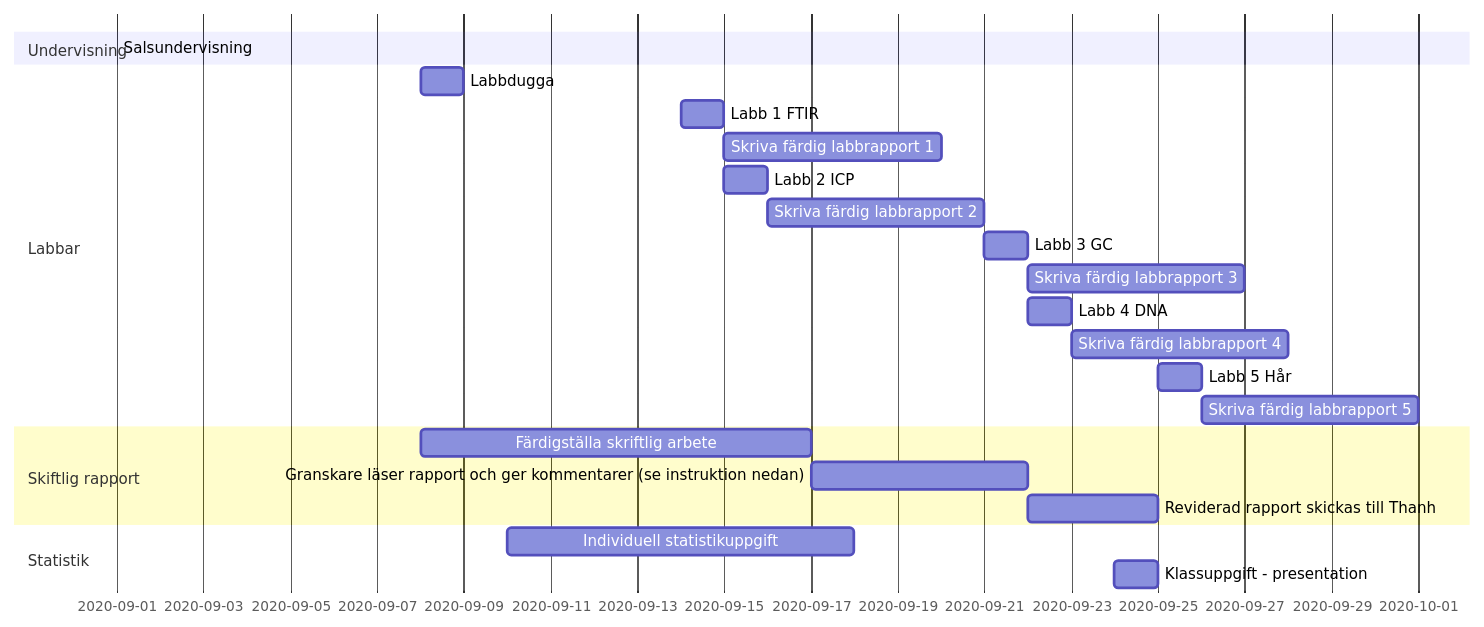
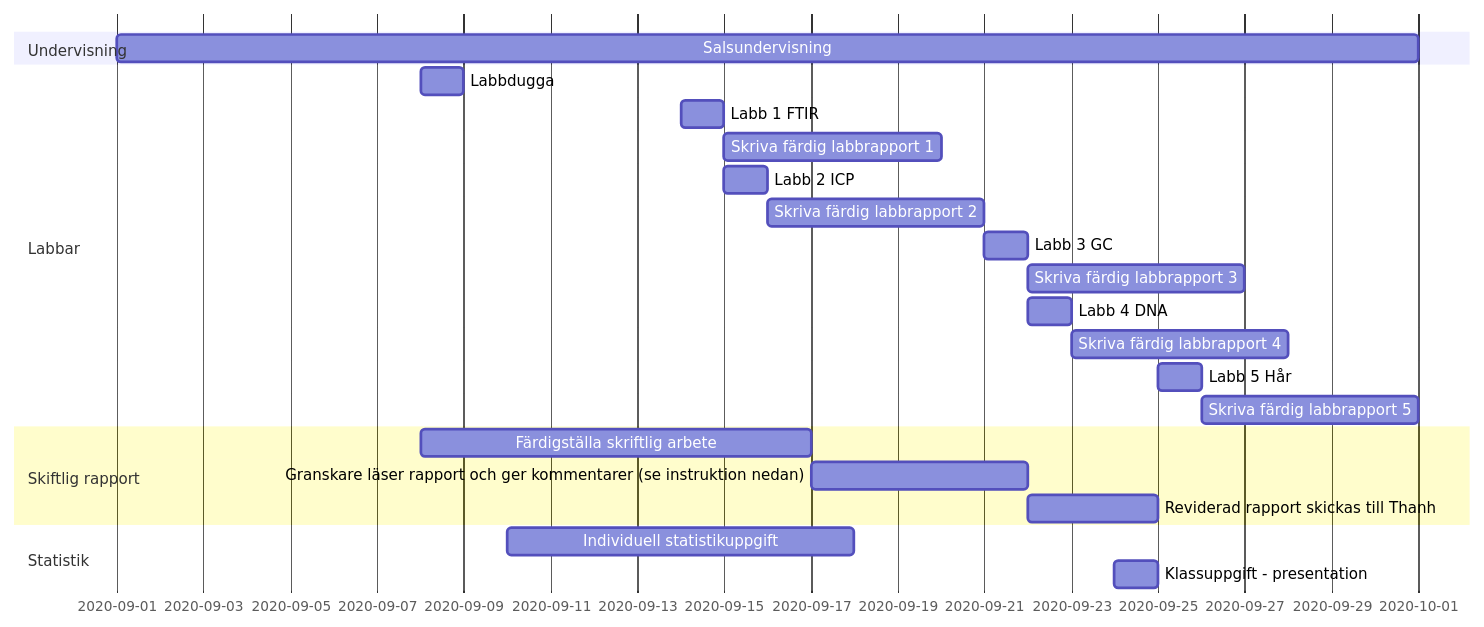
One commit to WBS-TW/KE201G changed the diagram in content/kursupplägg/gantt/gantt.md. Above: the diagram before and after it, drawn with Mermaid. The commit also changed 2 other files, not shown here.

Commit message:
added salsundervisning in gantt

````diff
--- a/content/kursupplägg/gantt/gantt.md
+++ b/content/kursupplägg/gantt/gantt.md
@@ -28,25 +28,25 @@
 ```mermaid
 gantt
   dateFormat  YYYY-MM-DD
   section Undervisning
-  Salsundervisning: 2020-09-01, 2020-09-
+  Salsundervisning: 2020-09-01, 2020-10-01
   section Labbar
   Labbdugga: LD, 2020-09-08, 1d
   Labb 1 FTIR: L1, 2020-09-14, 1d
   Skriva färdig labbrapport 1: after L1, 5d
   Labb 2 ICP: L2, 2020-09-15, 1d
   Skriva färdig labbrapport 2: after L2, 5d
   Labb 3 GC: L3, 2020-09-21, 1d
   Skriva färdig labbrapport 3: after L3, 5d
   Labb 4 DNA: L4, 2020-09-22, 1d
   Skriva färdig labbrapport 4: after L4, 5d
   Labb 5 Hår: L5, 2020-09-25, 1d 
   Skriva färdig labbrapport 5: after L5, 5d
   section Skiftlig rapport
   Färdigställa skriftlig arbete: 2020-09-08, 2020-09-17
   Granskare läser rapport och ger kommentarer (se instruktion nedan): 2020-09-17, 2020-09-22
   Reviderad rapport skickas till Thanh: 2020-09-22, 2020-09-25  
   section Statistik
   Individuell statistikuppgift: 2020-09-10, 2020-09-18
   Klassuppgift - presentation: 2020-09-24, 1d
 ```
````
